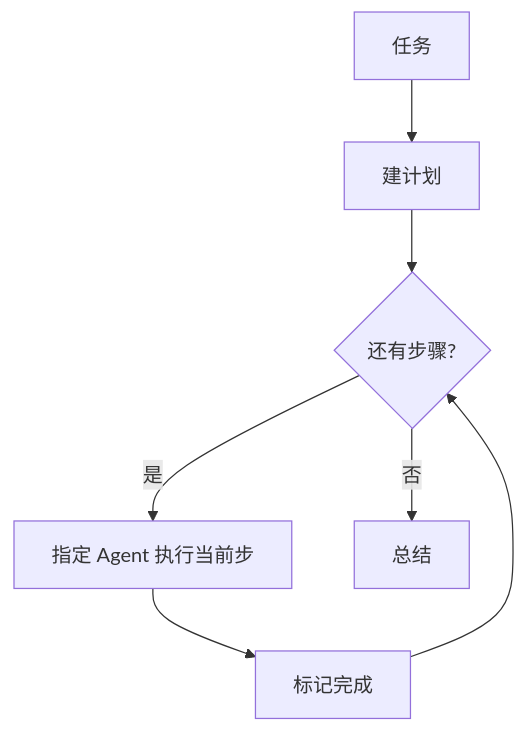
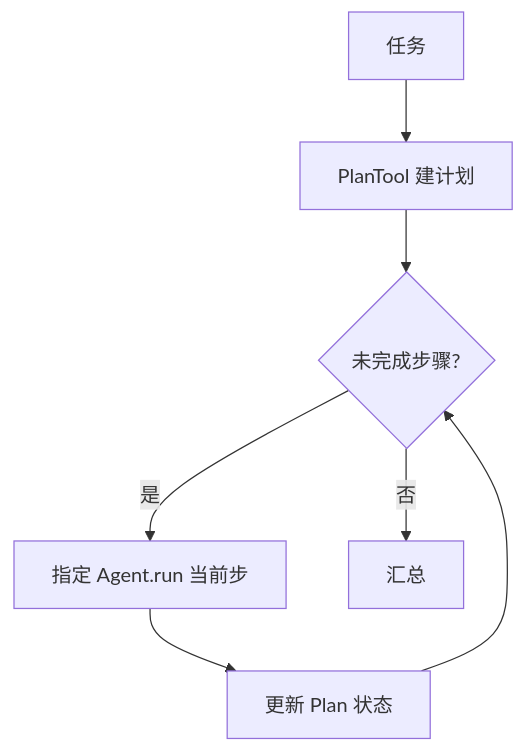
Diagram 11 of 13 in core/docs/AGENT-FLOW.md (jixie-wish/Janus), drawn with Mermaid before and after one commit. The commit also changed other lines of this file and 24 other files, not shown here.

````diff
--- a/core/docs/AGENT-FLOW.md
+++ b/core/docs/AGENT-FLOW.md
@@ -119,9 +303,9 @@
 ```mermaid
 flowchart TB
-    IN[任务] --> PLAN[建计划]
-    PLAN --> LOOP{还有步骤?}
-    LOOP -->|是| RUN[指定 Agent 执行当前步]
-    RUN --> MARK[标记完成]
+    IN[任务] --> PLAN[PlanTool 建计划]
+    PLAN --> LOOP{未完成步骤?}
+    LOOP -->|是| RUN[指定 Agent.run 当前步]
+    RUN --> MARK[更新 Plan 状态]
     MARK --> LOOP
-    LOOP -->|否| FIN[总结]
+    LOOP -->|否| FIN[汇总]
 ```
````
